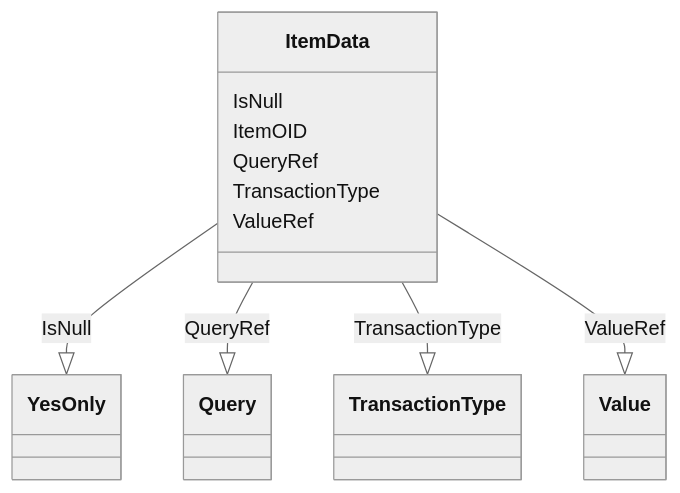
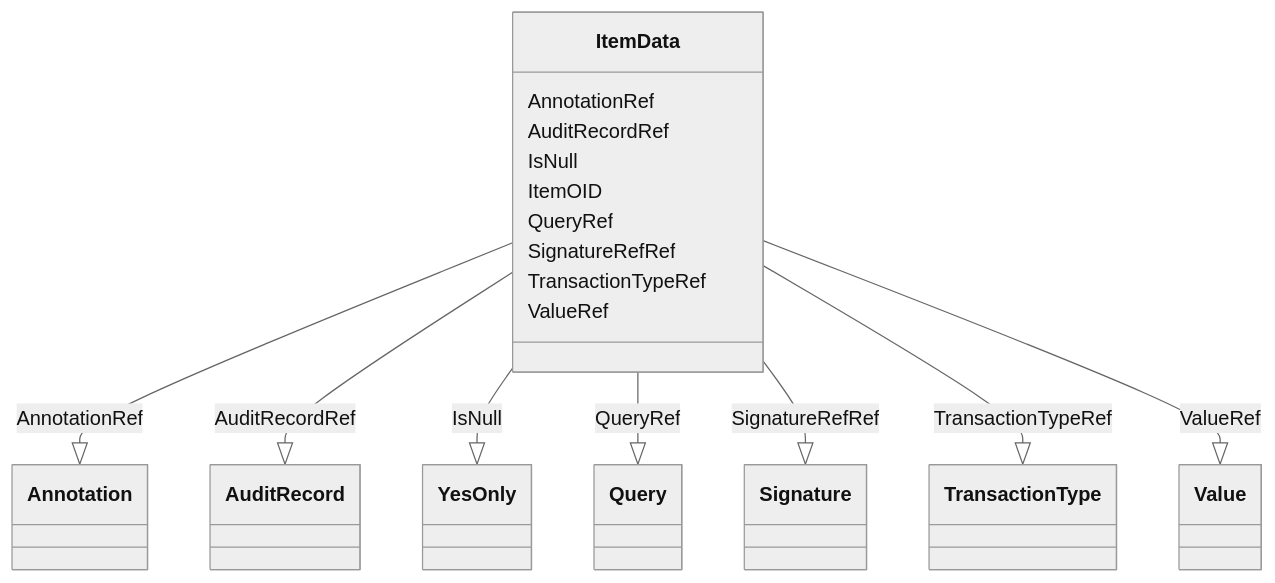
Before and after one commit to cdisc-org/DataExchange-ODM-LinkML: the diagram in docs/ItemData.md, drawn with Mermaid (neutral theme). The commit also changed other lines of this file and 398 other files, not shown here.

Commit message:
refreshing for latest updates to schema

````diff
--- a/docs/ItemData.md
+++ b/docs/ItemData.md
@@ -9,23 +9,35 @@
 ```mermaid
  classDiagram
     class ItemData
+      ItemData : AnnotationRef
+        
+          ItemData --|> Annotation : AnnotationRef
+        
+      ItemData : AuditRecordRef
+        
+          ItemData --|> AuditRecord : AuditRecordRef
+        
       ItemData : IsNull
         
           ItemData --|> YesOnly : IsNull
         
       ItemData : ItemOID
         
       ItemData : QueryRef
         
           ItemData --|> Query : QueryRef
         
-      ItemData : TransactionType
+      ItemData : SignatureRefRef
         
-          ItemData --|> TransactionType : TransactionType
+          ItemData --|> Signature : SignatureRefRef
+        
+      ItemData : TransactionTypeRef
+        
+          ItemData --|> TransactionType : TransactionTypeRef
         
       ItemData : ValueRef
         
           ItemData --|> Value : ValueRef
         
       
 ```
````
